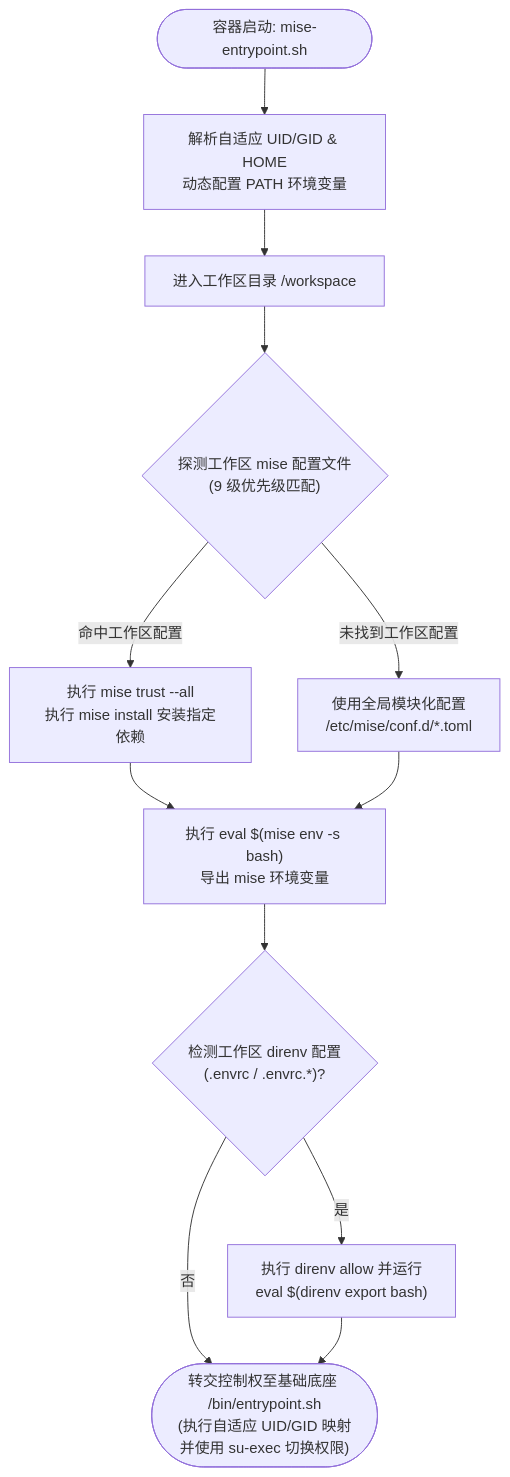
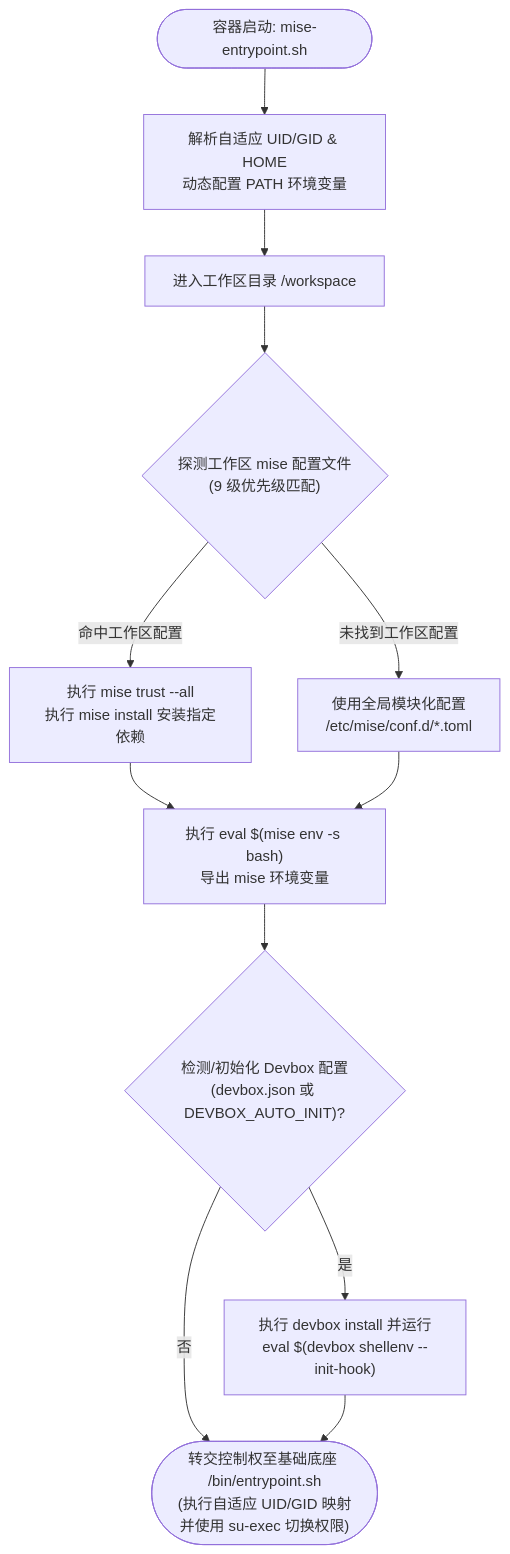
The third of 5 diagrams in README.md (shaogme/coding-images), drawn with Mermaid before and after one commit. The commit also changed other lines of this file and 17 other files, not shown here.

First line of the commit message:
feat(devbox): replace direnv with automatic Devbox integration

````diff
--- a/README.md
+++ b/README.md
@@ -216,17 +216,17 @@
 ```mermaid
 flowchart TD
     Start(["容器启动: mise-entrypoint.sh"]) --> ResolveUser["解析自适应 UID/GID & HOME<br/>动态配置 PATH 环境变量"]
     ResolveUser --> CheckWs["进入工作区目录 /workspace"]
     CheckWs --> DetectConfig{"探测工作区 mise 配置文件<br/>(9 级优先级匹配)"}
 
     DetectConfig -- "命中工作区配置" --> TrustInstall["执行 mise trust --all<br/>执行 mise install 安装指定依赖"]
     DetectConfig -- "未找到工作区配置" --> UseGlobal["使用全局模块化配置<br/>/etc/mise/conf.d/*.toml"]
 
     TrustInstall --> ExportMise["执行 eval $(mise env -s bash)<br/>导出 mise 环境变量"]
     UseGlobal --> ExportMise
 
-    ExportMise --> DetectDirenv{"检测工作区 direnv 配置<br/>(.envrc / .envrc.*)?"}
-    DetectDirenv -- "是" --> LoadDirenv["执行 direnv allow 并运行<br/>eval $(direnv export bash)"]
-    DetectDirenv -- "否" --> ExecBase
-    LoadDirenv --> ExecBase(["转交控制权至基础底座 /bin/entrypoint.sh<br/>(执行自适应 UID/GID 映射并使用 su-exec 切换权限)"])
+    ExportMise --> DetectDevbox{"检测/初始化 Devbox 配置<br/>(devbox.json 或 DEVBOX_AUTO_INIT)?"}
+    DetectDevbox -- "是" --> LoadDevbox["执行 devbox install 并运行<br/>eval $(devbox shellenv --init-hook)"]
+    DetectDevbox -- "否" --> ExecBase
+    LoadDevbox --> ExecBase(["转交控制权至基础底座 /bin/entrypoint.sh<br/>(执行自适应 UID/GID 映射并使用 su-exec 切换权限)"])
 ```
````
